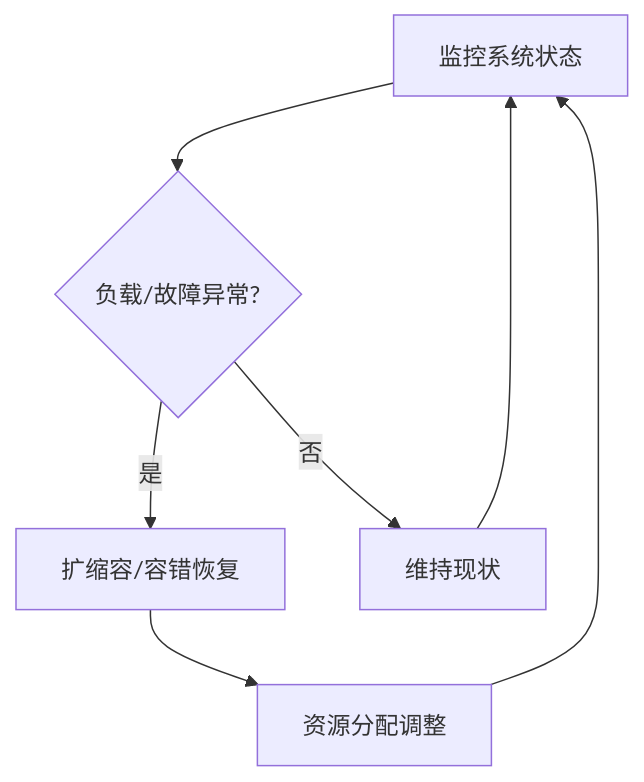
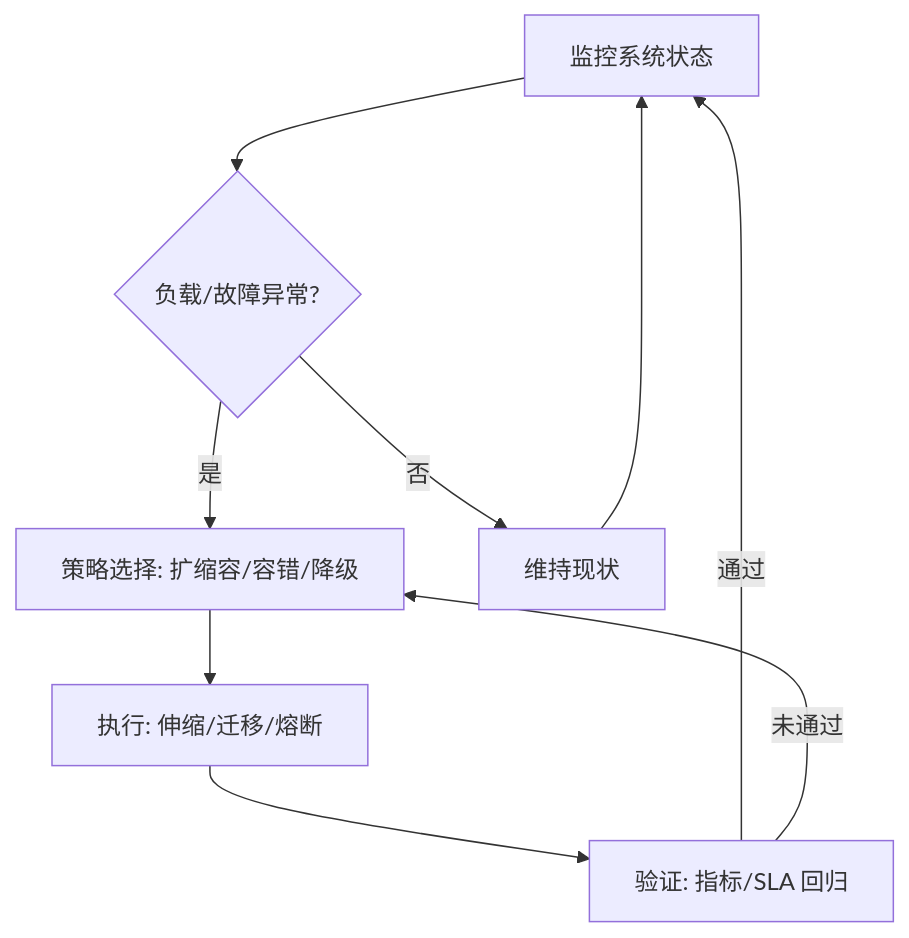
Before and after one commit to AdaMartin18010/SystemOSIOT: the diagram in 4.分布式系统/4.7 系统运行时语义/4.7.5 自适应与弹性运行机制.md, drawn with Mermaid. The commit also changed other lines of this file and 30 other files, not shown here.

````diff
--- a/4.分布式系统/4.7 系统运行时语义/4.7.5 自适应与弹性运行机制.md
+++ b/4.分布式系统/4.7 系统运行时语义/4.7.5 自适应与弹性运行机制.md
@@ -21,9 +25,11 @@
 ```mermaid
 flowchart TD
     A[监控系统状态] --> B{负载/故障异常?}
-    B -- 是 --> C[扩缩容/容错恢复]
+    B -- 是 --> C[策略选择: 扩缩容/容错/降级]
     B -- 否 --> D[维持现状]
-    C --> E[资源分配调整]
-    E --> A
+    C --> E[执行: 伸缩/迁移/熔断]
+    E --> F[验证: 指标/SLA 回归]
+    F -- 通过 --> A
+    F -- 未通过 --> C
     D --> A
 ```
````
